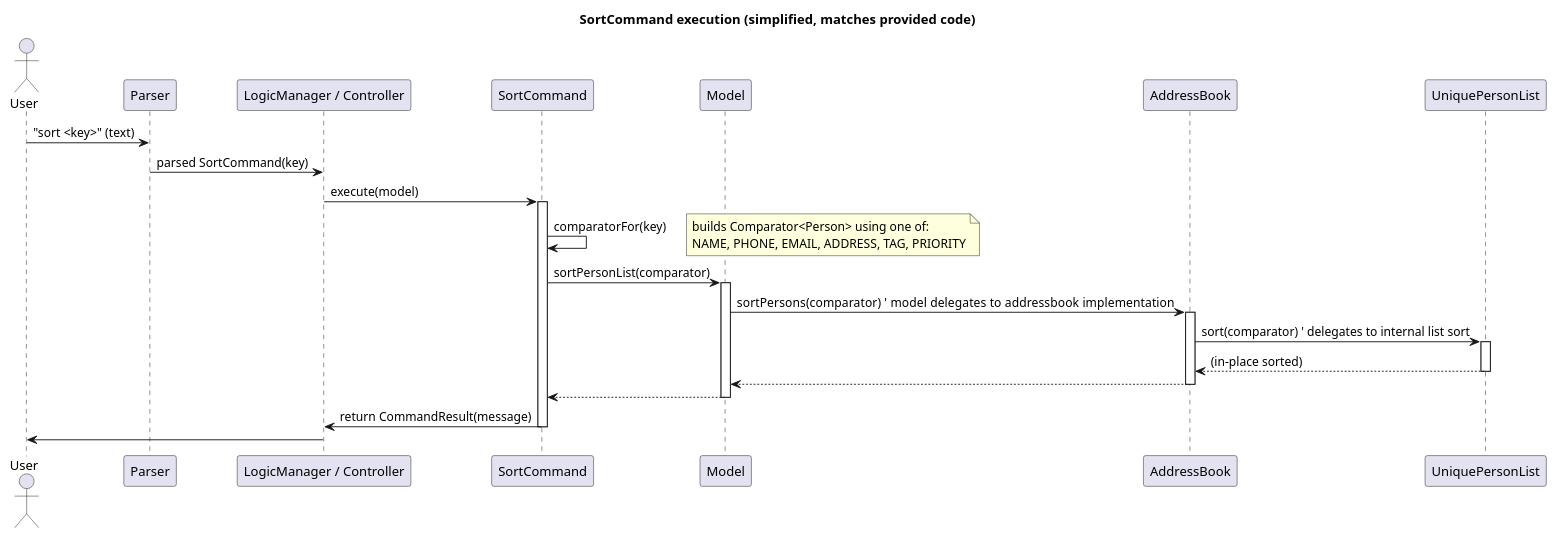
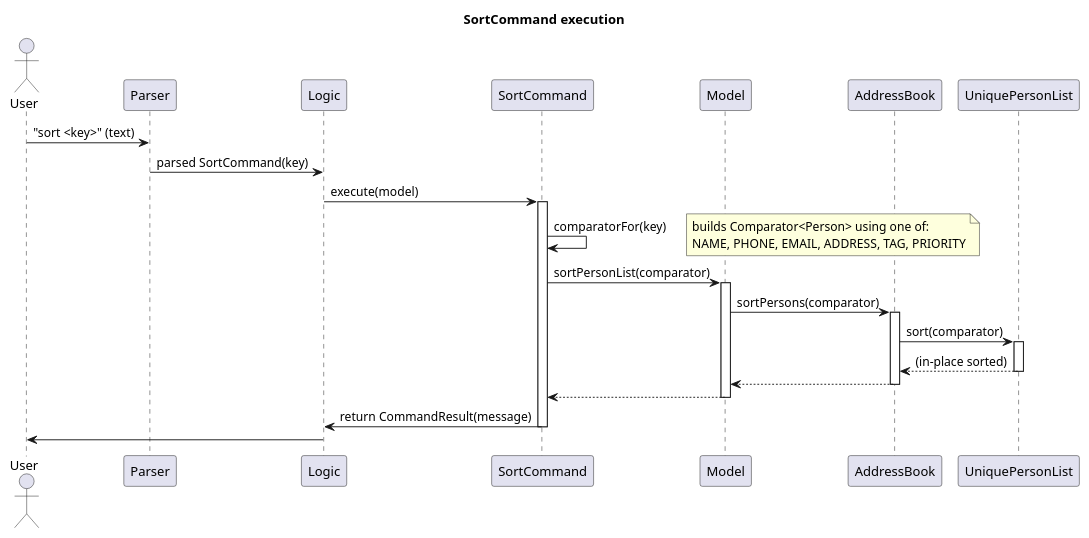
One commit to AY2526S1-CS2103T-W09-4/tp changed the diagram in docs/diagrams/SortCommandSequenceDiagram.puml. Above: the diagram before and after it, drawn with PlantUML.

```diff
--- a/docs/diagrams/SortCommandSequenceDiagram.puml
+++ b/docs/diagrams/SortCommandSequenceDiagram.puml
@@ -1,36 +1,36 @@
 @startuml
-title SortCommand execution (simplified, matches provided code)
+title SortCommand execution
 
 actor User
 participant Parser
-participant Logic as "LogicManager / Controller"
+participant Logic
 participant SortCommand
 participant Model
 participant AddressBook
 participant UniquePersonList
 
 User -> Parser : "sort <key>" (text)
 Parser -> Logic : parsed SortCommand(key)
 Logic -> SortCommand : execute(model)
 activate SortCommand
 
 SortCommand -> SortCommand : comparatorFor(key)
 note right: builds Comparator<Person> using one of:\nNAME, PHONE, EMAIL, ADDRESS, TAG, PRIORITY
 SortCommand -> Model : sortPersonList(comparator)
 activate Model
 
-Model -> AddressBook : sortPersons(comparator)   ' model delegates to addressbook implementation
+Model -> AddressBook : sortPersons(comparator)
 activate AddressBook
-AddressBook -> UniquePersonList : sort(comparator) ' delegates to internal list sort
+AddressBook -> UniquePersonList : sort(comparator)
 activate UniquePersonList
 UniquePersonList --> AddressBook : (in-place sorted)
 deactivate UniquePersonList
 AddressBook --> Model :
 deactivate AddressBook
 Model --> SortCommand :
 deactivate Model
 
 SortCommand -> Logic : return CommandResult(message)
 deactivate SortCommand
 Logic -> User
 @enduml
```
